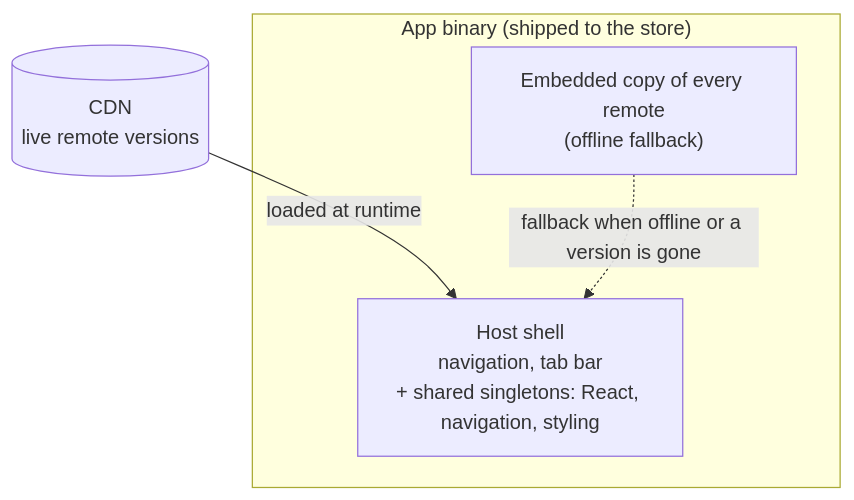
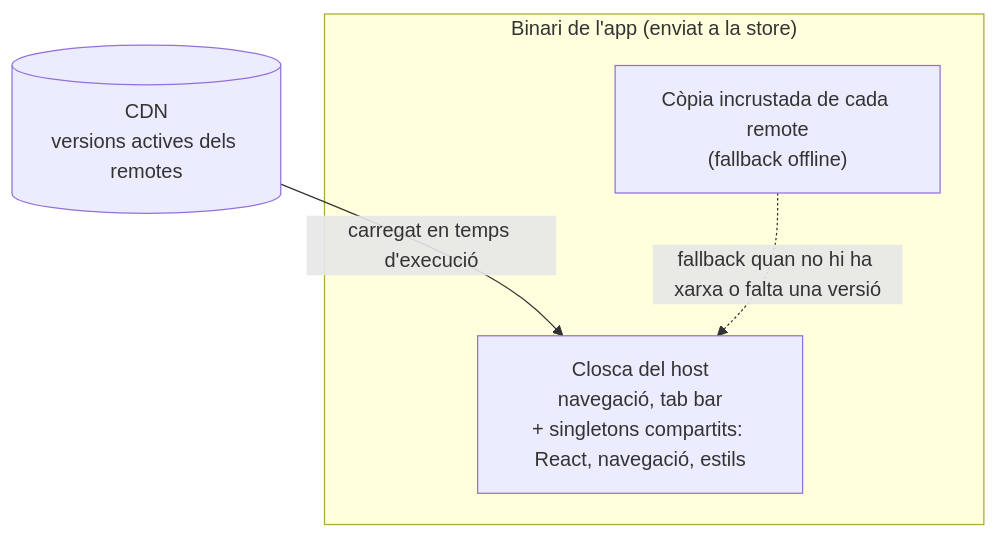
The diagram in src/content/blog/ca/why-module-federation-react-native.md (warrendeleon/warrendeleon.com), drawn with Mermaid before and after one commit. The commit also changed 11 other files, not shown here.

First line of the commit message:
🌐 i18n(blog): translate mermaid diagram labels (es/ca/tl)

````diff
--- a/src/content/blog/ca/why-module-federation-react-native.md
+++ b/src/content/blog/ca/why-module-federation-react-native.md
@@ -31,10 +31,10 @@
 ```mermaid
 flowchart TB
-    cdn[("CDN<br/>live remote versions")]
-    subgraph binary["App binary (shipped to the store)"]
-        host["Host shell<br/>navigation, tab bar<br/>+ shared singletons: React, navigation, styling"]
-        embedded["Embedded copy of every remote<br/>(offline fallback)"]
+    cdn[("CDN<br/>versions actives dels remotes")]
+    subgraph binary["Binari de l'app (enviat a la store)"]
+        host["Closca del host<br/>navegació, tab bar<br/>+ singletons compartits: React, navegació, estils"]
+        embedded["Còpia incrustada de cada remote<br/>(fallback offline)"]
     end
-    cdn -->|loaded at runtime| host
-    embedded -.->|fallback when offline or a version is gone| host
+    cdn -->|carregat en temps d'execució| host
+    embedded -.->|fallback quan no hi ha xarxa o falta una versió| host
 ```
````
